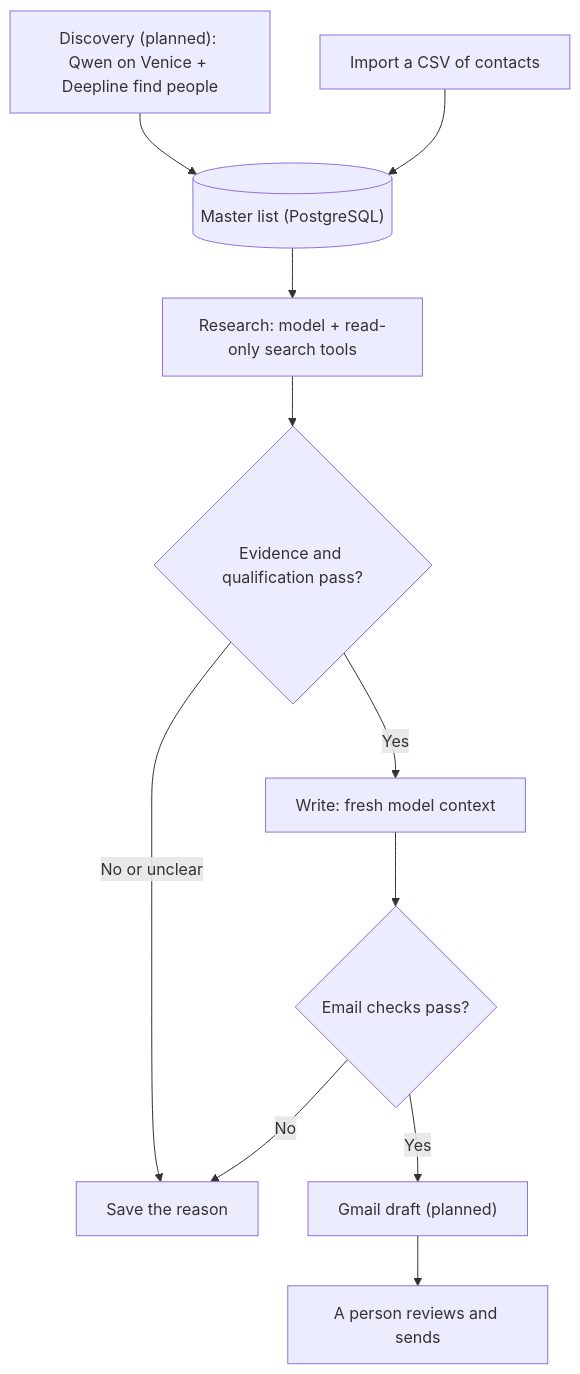
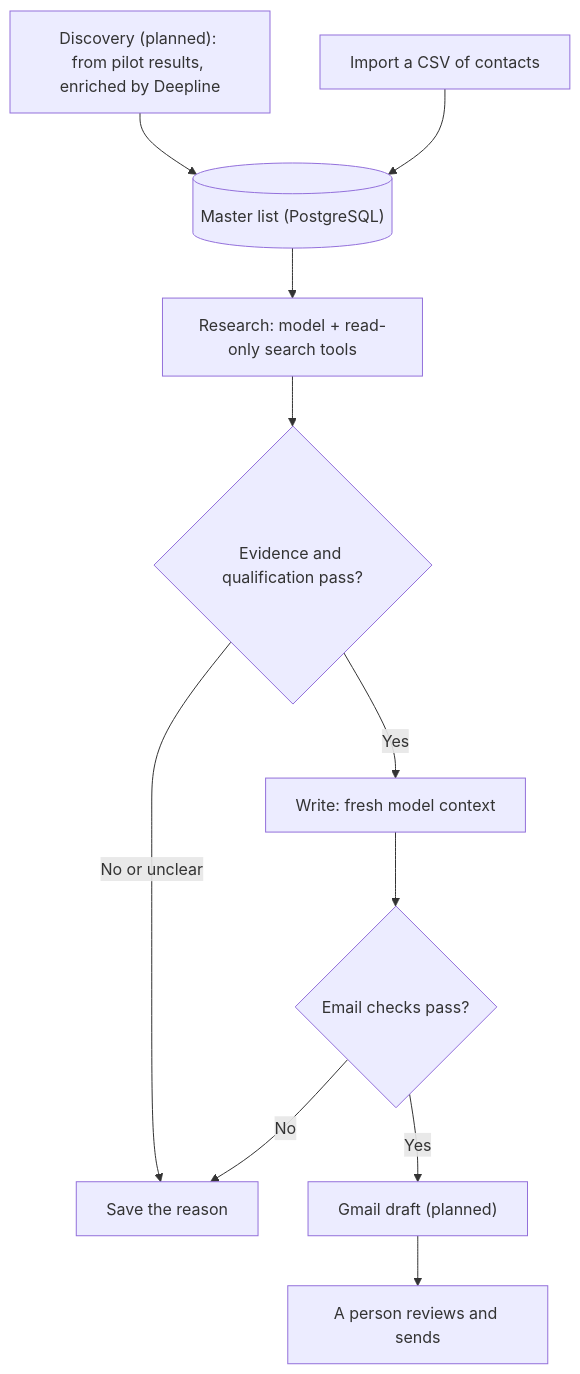
One commit to GSANC10/real-estate-gtm-engine changed the second of 2 diagrams in README.md. Above: the diagram before and after it, drawn with Mermaid. The commit also changed other lines of this file and 26 other files, not shown here.

````diff
--- a/README.md
+++ b/README.md
@@ -13,13 +43,13 @@
 ```mermaid
 flowchart TD
-    D["Discovery (planned): Qwen on Venice + Deepline find people"] --> L[("Master list (PostgreSQL)")]
+    D["Discovery (planned): from pilot results, enriched by Deepline"] --> L[("Master list (PostgreSQL)")]
     I["Import a CSV of contacts"] --> L
     L --> R["Research: model + read-only search tools"]
     R --> C{"Evidence and qualification pass?"}
     C -->|"No or unclear"| N["Save the reason"]
     C -->|"Yes"| T["Write: fresh model context"]
     T --> V{"Email checks pass?"}
     V -->|"No"| N
     V -->|"Yes"| G["Gmail draft (planned)"]
     G --> H["A person reviews and sends"]
 ```
````
